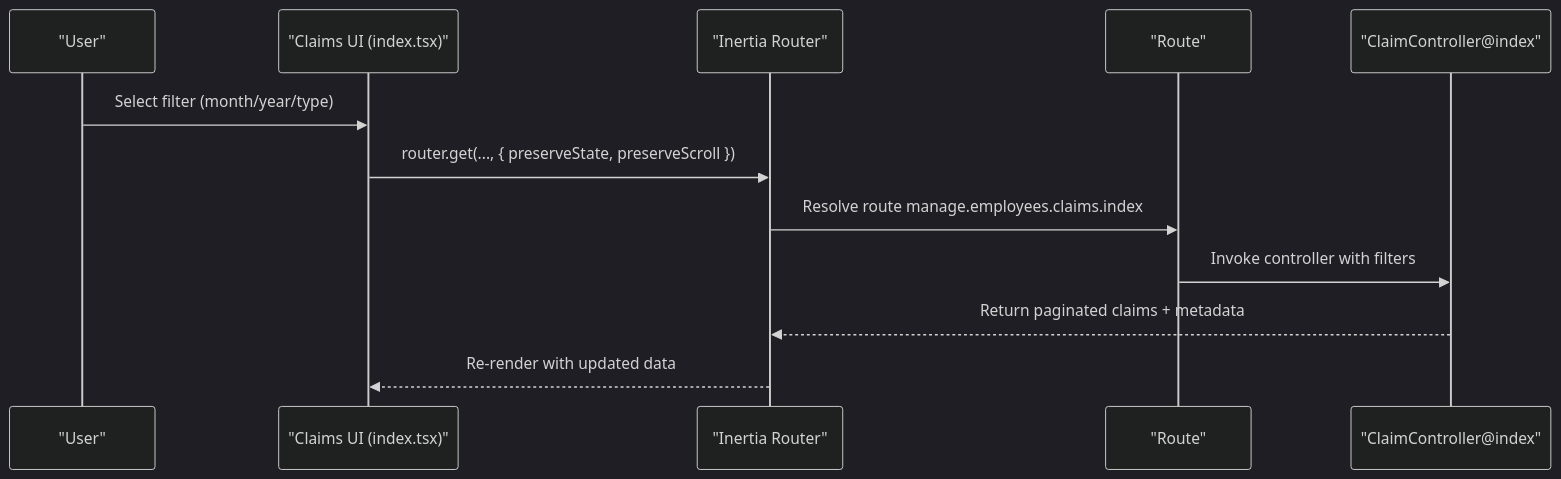
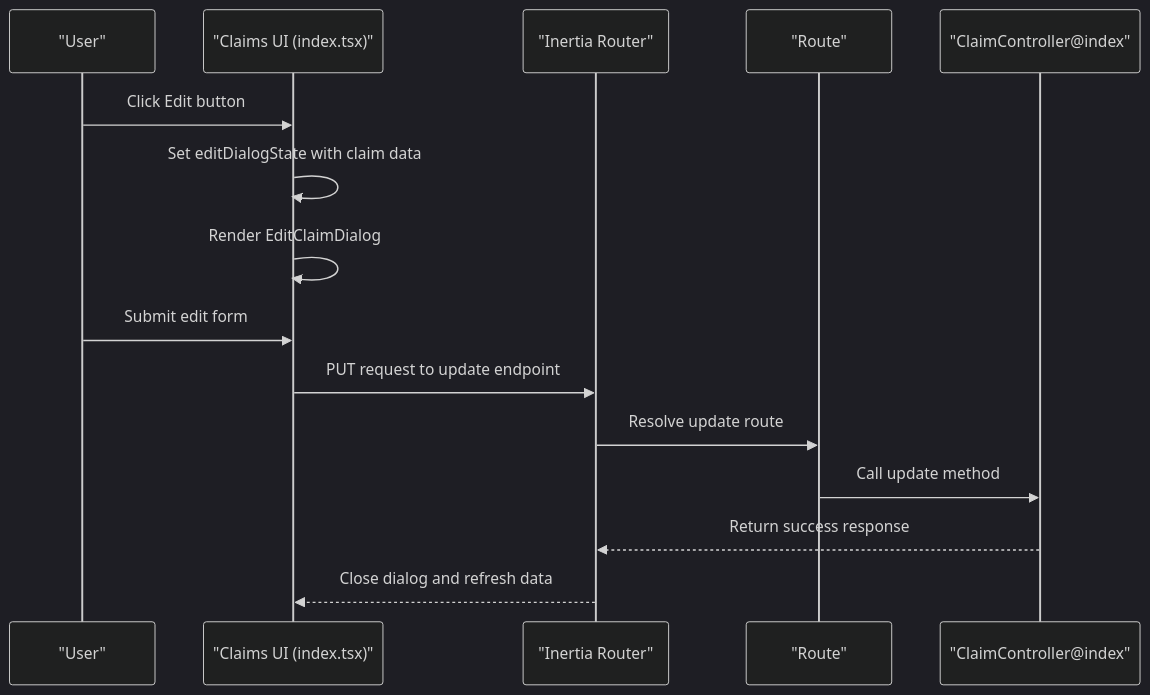
One commit to vincet0t15/template changed the sixth of 7 diagrams in .qoder/repowiki/en/content/Employee Management/Employee Claims Management.md. Above: the diagram before and after it, drawn with Mermaid (dark theme). The commit also changed other lines of this file and 12 other files, not shown here.

````diff
--- a/.qoder/repowiki/en/content/Employee Management/Employee Claims Management.md
+++ b/.qoder/repowiki/en/content/Employee Management/Employee Claims Management.md
@@ -290,14 +383,17 @@
 ```mermaid
 sequenceDiagram
 participant User as "User"
 participant UI as "Claims UI (index.tsx)"
 participant Router as "Inertia Router"
 participant Route as "Route"
 participant Ctrl as "ClaimController@index"
-User->>UI : Select filter (month/year/type)
-UI->>Router : router.get(..., { preserveState, preserveScroll })
-Router->>Route : Resolve route manage.employees.claims.index
-Route->>Ctrl : Invoke controller with filters
-Ctrl-->>Router : Return paginated claims + metadata
-Router-->>UI : Re-render with updated data
+User->>UI : Click Edit button
+UI->>UI : Set editDialogState with claim data
+UI->>UI : Render EditClaimDialog
+User->>UI : Submit edit form
+UI->>Router : PUT request to update endpoint
+Router->>Route : Resolve update route
+Route->>Ctrl : Call update method
+Ctrl-->>Router : Return success response
+Router-->>UI : Close dialog and refresh data
 ```
````
